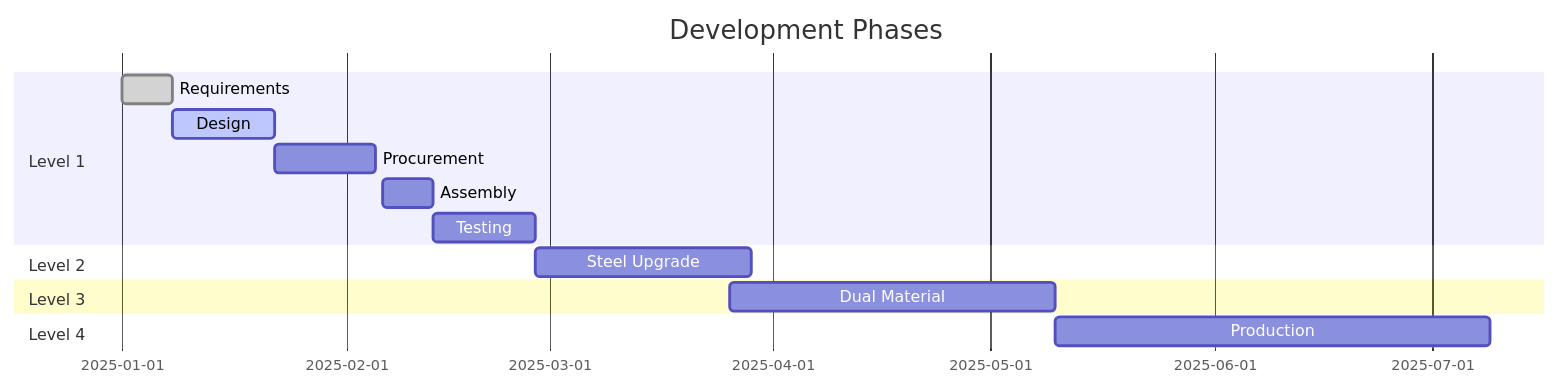
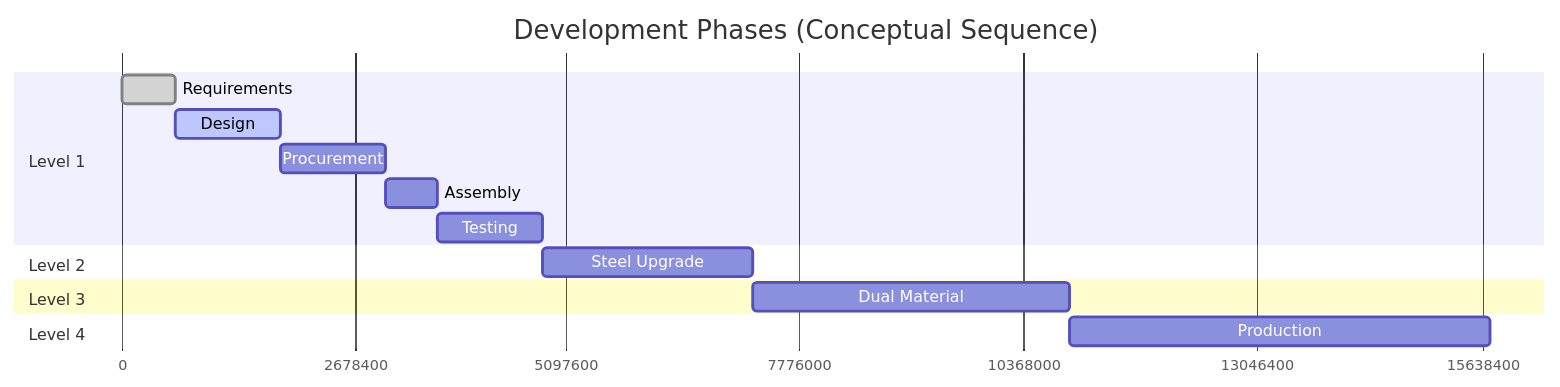
Before and after one commit to jnarwell/drip: the second of 2 diagrams in docs/dashboard.md, drawn with Mermaid. The commit also changed other lines of this file and 112 other files, not shown here.

First line of the commit message:
Remove unrealistic timelines from documentation

````diff
--- a/docs/dashboard.md
+++ b/docs/dashboard.md
@@ -69,17 +69,18 @@
 ```mermaid
 gantt
-    title Development Phases
-    dateFormat  YYYY-MM-DD
+    title Development Phases (Conceptual Sequence)
+    dateFormat X
+    axisFormat %s
     section Level 1
-    Requirements    :done, 2025-01-01, 7d
-    Design          :active, 2025-01-08, 14d
-    Procurement     :2025-01-22, 14d
-    Assembly        :2025-02-06, 7d
-    Testing         :2025-02-13, 14d
+    Requirements    :done, req, 0, 1w
+    Design          :active, des, after req, 2w
+    Procurement     :proc, after des, 2w
+    Assembly        :assm, after proc, 1w
+    Testing         :test, after assm, 2w
     section Level 2
-    Steel Upgrade   :2025-02-27, 30d
+    Steel Upgrade   :steel, after test, 4w
     section Level 3
-    Dual Material   :2025-03-26, 45d
+    Dual Material   :dual, after steel, 6w
     section Level 4
-    Production      :2025-05-10, 60d
+    Production      :prod, after dual, 8w
 ```
````
